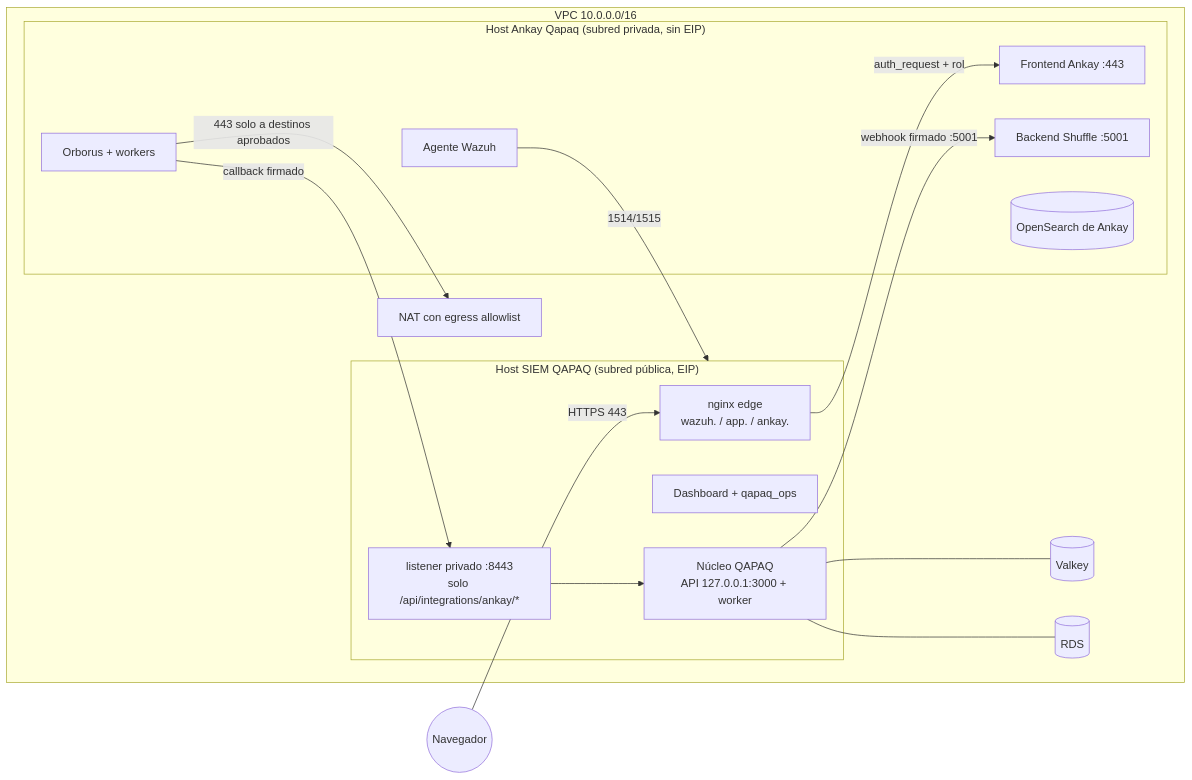
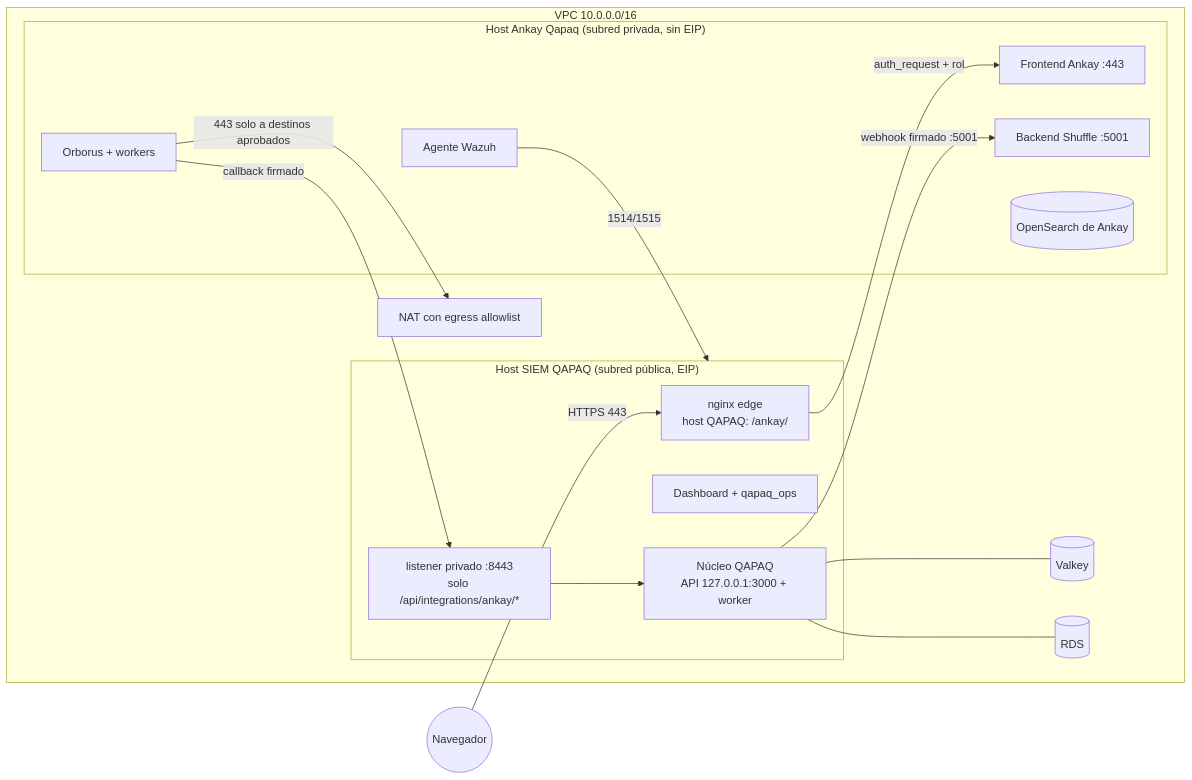
One commit to CyberStill-GmbH/qapaq-secops changed the second of 4 diagrams in docs/14-ankay-conexion-qapaq.md. Above: the diagram before and after it, drawn with Mermaid. The commit also changed other lines of this file and 11 other files, not shown here.

Commit message:
feat(ankay): add protected qapaq subpath

````diff
--- a/docs/14-ankay-conexion-qapaq.md
+++ b/docs/14-ankay-conexion-qapaq.md
@@ -32,29 +32,29 @@
 ```mermaid
 flowchart LR
   U((Navegador)) -->|HTTPS 443| EDGE
   subgraph VPC["VPC 10.0.0.0/16"]
     subgraph SIEMHOST["Host SIEM QAPAQ (subred pública, EIP)"]
-      EDGE["nginx edge<br/>wazuh. / app. / ankay."]
+      EDGE["nginx edge<br/>host QAPAQ: /ankay/"]
       OSD[Dashboard + qapaq_ops]
       CORE["Núcleo QAPAQ<br/>API 127.0.0.1:3000 + worker"]
       CB["listener privado :8443<br/>solo /api/integrations/ankay/*"]
     end
     subgraph ANKHOST["Host Ankay Qapaq (subred privada, sin EIP)"]
       AFE[Frontend Ankay :443]
       ABE[Backend Shuffle :5001]
       AOR[Orborus + workers]
       AOS[(OpenSearch de Ankay)]
       AG[Agente Wazuh]
     end
     VK[(Valkey)]
     PG[(RDS)]
     NAT[NAT con egress allowlist]
   end
   EDGE -->|auth_request + rol| AFE
   CORE -->|webhook firmado :5001| ABE
   AOR -->|callback firmado| CB --> CORE
   CORE --- VK
   CORE --- PG
   AOR -->|443 solo a destinos aprobados| NAT
   AG -->|1514/1515| SIEMHOST
 ```
````
